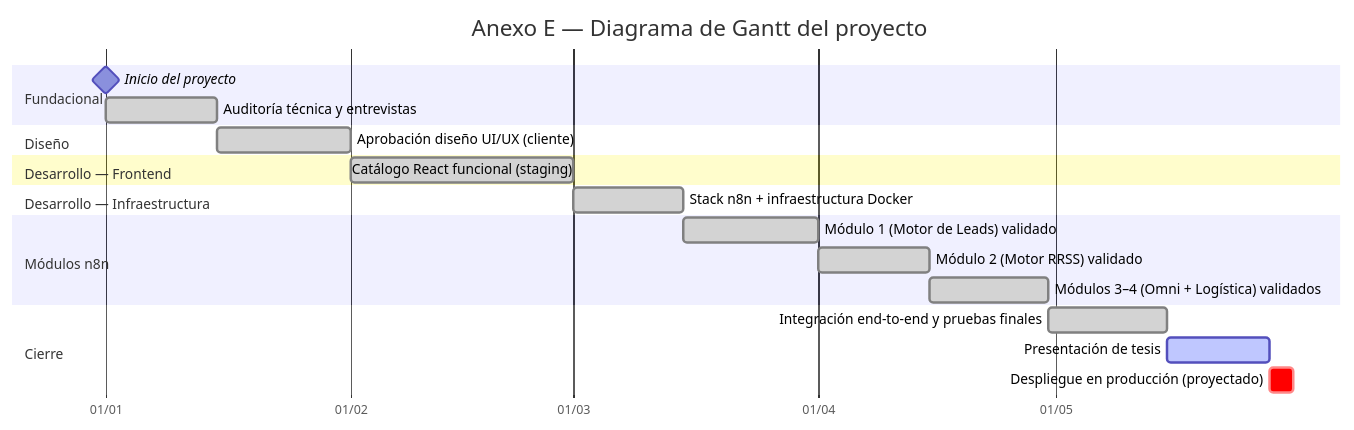
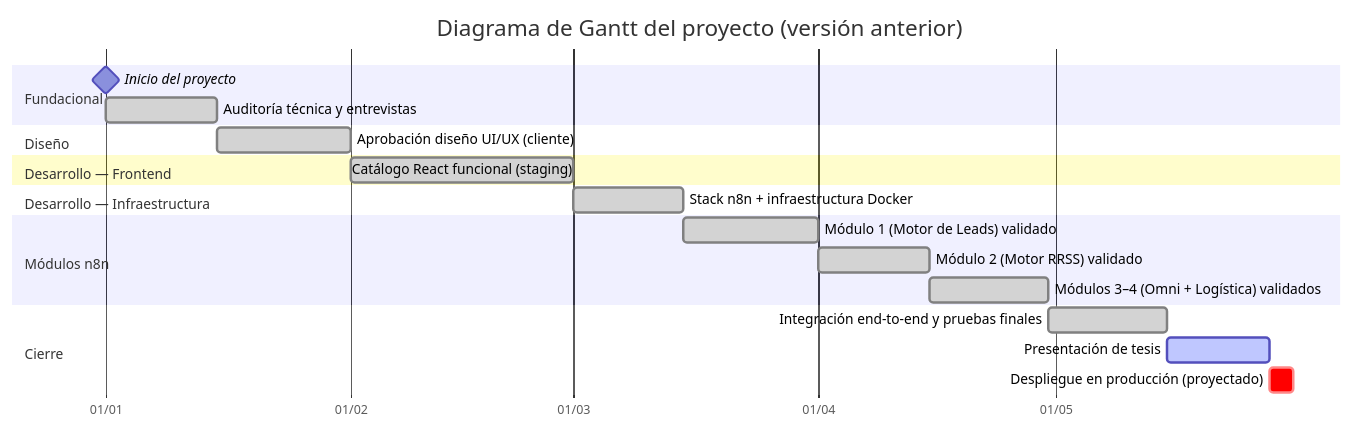
Before and after one commit to sudogringo/FINAL: the seventh of 7 diagrams in docs/architecture/diagram.md, drawn with Mermaid. The commit also changed other lines of this file and 11 other files, not shown here.

First line of the commit message:
docs: bring architecture and research notes in line with the code

````diff
--- a/docs/architecture/diagram.md
+++ b/docs/architecture/diagram.md
@@ -249,32 +252,32 @@
 ```mermaid
 ---
-title: Anexo E — Diagrama de Gantt del proyecto
+title: Diagrama de Gantt del proyecto (versión anterior)
 ---
 gantt
     dateFormat  YYYY-MM-DD
     axisFormat  %d/%m
     todayMarker off
 
     section Fundacional
     Inicio del proyecto                        :milestone, m0, 2026-01-01, 0d
     Auditoría técnica y entrevistas             :done, t1, 2026-01-01, 2026-01-15
 
     section Diseño
     Aprobación diseño UI/UX (cliente)           :done, t2, 2026-01-15, 2026-02-01
 
     section Desarrollo — Frontend
     Catálogo React funcional (staging)          :done, t3, 2026-02-01, 2026-03-01
 
     section Desarrollo — Infraestructura
     Stack n8n + infraestructura Docker          :done, t4, 2026-03-01, 2026-03-15
 
     section Módulos n8n
     Módulo 1 (Motor de Leads) validado          :done, t5, 2026-03-15, 2026-04-01
     Módulo 2 (Motor RRSS) validado              :done, t6, 2026-04-01, 2026-04-15
     Módulos 3–4 (Omni + Logística) validados    :done, t7, 2026-04-15, 2026-04-30
 
     section Cierre
     Integración end-to-end y pruebas finales    :done, t8, 2026-04-30, 2026-05-15
     Presentación de tesis                       :active, t9, 2026-05-15, 2026-05-28
     Despliegue en producción (proyectado)       :crit, t10, 2026-05-28, 2026-05-31
 ```
````
